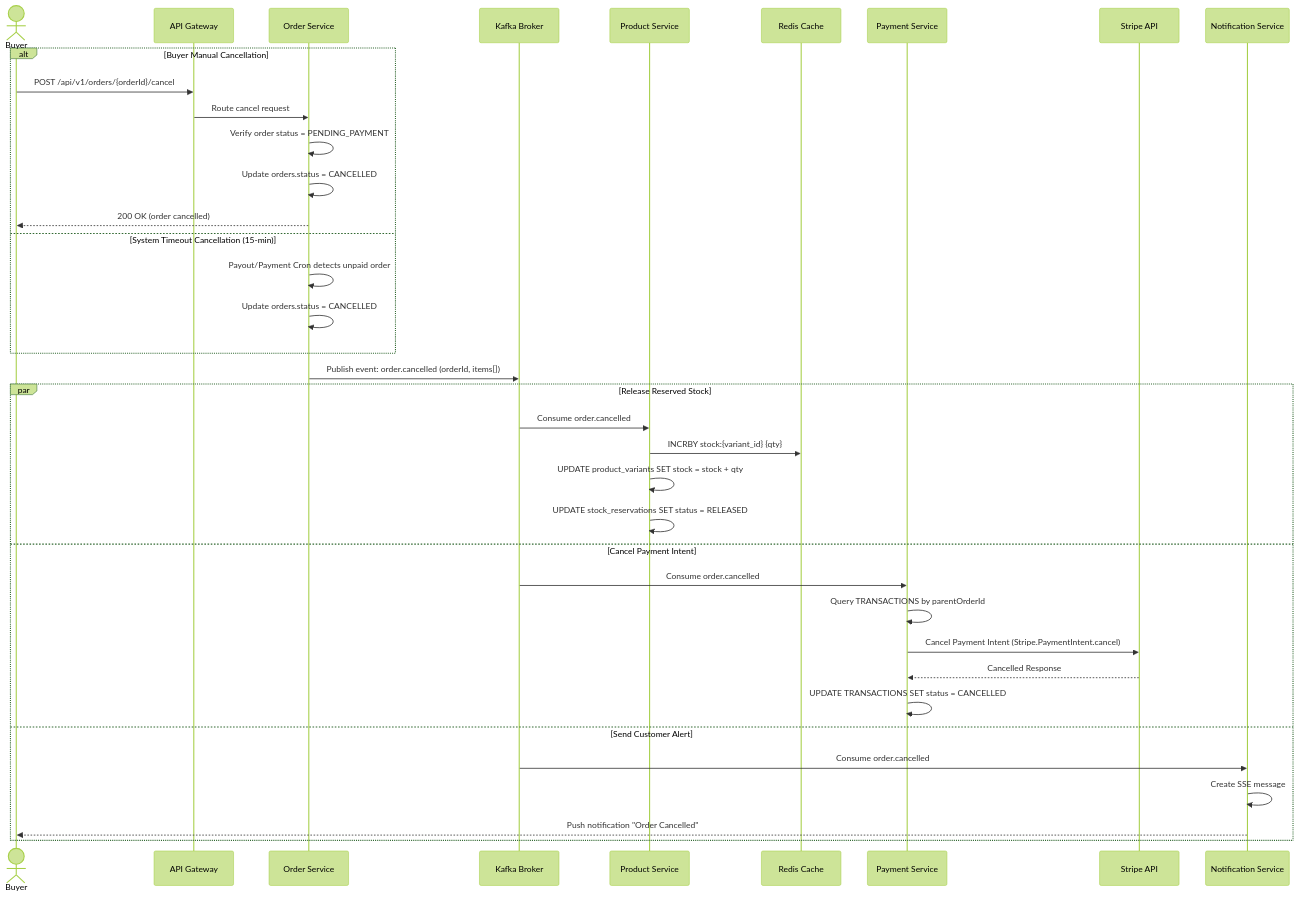
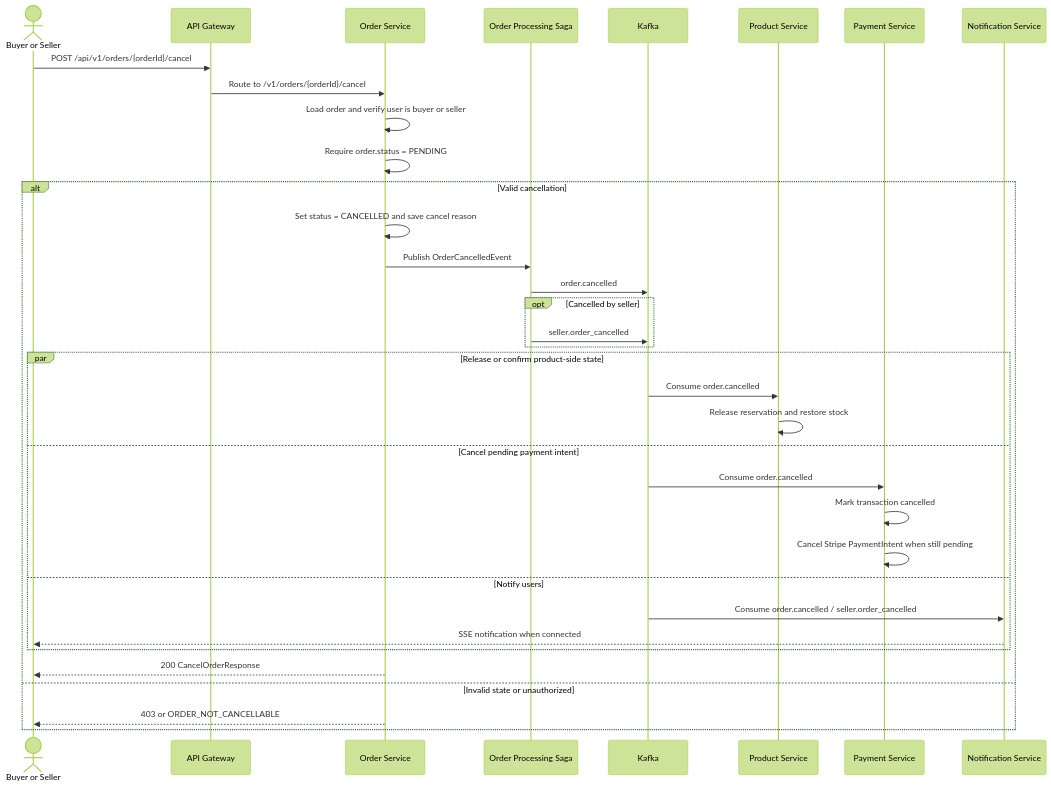
Before and after one commit to ldqanh1408/stealing-from-paradise: the diagram in documents/flows/cross-service/flow-order-cancellation.md, drawn with Mermaid (forest theme). The commit also changed other lines of this file and 326 other files, not shown here.

````diff
--- a/documents/flows/cross-service/flow-order-cancellation.md
+++ b/documents/flows/cross-service/flow-order-cancellation.md
@@ -9,42 +13,38 @@
 ```mermaid
 sequenceDiagram
-    actor Buyer
+    actor User as Buyer or Seller
     participant GW as API Gateway
     participant OS as Order Service
-    participant Kafka as Kafka Broker
-    participant PS as Product Service
-    participant Redis as Redis Cache
-    participant PayS as Payment Service
-    participant Stripe as Stripe API
-    participant NotifS as Notification Service
+    participant Saga as Order Processing Saga
+    participant Kafka as Kafka
+    participant Product as Product Service
+    participant Payment as Payment Service
+    participant Notif as Notification Service
 
-    alt Buyer Manual Cancellation
-        Buyer->>GW: POST /api/v1/orders/{orderId}/cancel
-        GW->>OS: Route cancel request
-        OS->>OS: Verify order status = PENDING_PAYMENT
-        OS->>OS: Update orders.status = CANCELLED
-        OS-->>Buyer: 200 OK (order cancelled)
-    else System Timeout Cancellation (15-min)
-        OS->>OS: Payout/Payment Cron detects unpaid order
-        OS->>OS: Update orders.status = CANCELLED
-    end
-
-    OS->>Kafka: Publish event: order.cancelled (orderId, items[])
-    
-    par Release Reserved Stock
-        Kafka->>PS: Consume order.cancelled
-        PS->>Redis: INCRBY stock:{variant_id} {qty}
-        PS->>PS: UPDATE product_variants SET stock = stock + qty
-        PS->>PS: UPDATE stock_reservations SET status = RELEASED
-    and Cancel Payment Intent
-        Kafka->>PayS: Consume order.cancelled
-        PayS->>PayS: Query TRANSACTIONS by parentOrderId
-        PayS->>Stripe: Cancel Payment Intent (Stripe.PaymentIntent.cancel)
-        Stripe-->>PayS: Cancelled Response
-        PayS->>PayS: UPDATE TRANSACTIONS SET status = CANCELLED
-    and Send Customer Alert
-        Kafka->>NotifS: Consume order.cancelled
-        NotifS->>NotifS: Create SSE message
-        NotifS-->>Buyer: Push notification "Order Cancelled"
+    User->>GW: POST /api/v1/orders/{orderId}/cancel
+    GW->>OS: Route to /v1/orders/{orderId}/cancel
+    OS->>OS: Load order and verify user is buyer or seller
+    OS->>OS: Require order.status = PENDING
+    alt Valid cancellation
+        OS->>OS: Set status = CANCELLED and save cancel reason
+        OS->>Saga: Publish OrderCancelledEvent
+        Saga->>Kafka: order.cancelled
+        opt Cancelled by seller
+            Saga->>Kafka: seller.order_cancelled
+        end
+        par Release or confirm product-side state
+            Kafka->>Product: Consume order.cancelled
+            Product->>Product: Release reservation and restore stock
+        and Cancel pending payment intent
+            Kafka->>Payment: Consume order.cancelled
+            Payment->>Payment: Mark transaction cancelled
+            Payment->>Payment: Cancel Stripe PaymentIntent when still pending
+        and Notify users
+            Kafka->>Notif: Consume order.cancelled / seller.order_cancelled
+            Notif-->>User: SSE notification when connected
+        end
+        OS-->>User: 200 CancelOrderResponse
+    else Invalid state or unauthorized
+        OS-->>User: 403 or ORDER_NOT_CANCELLABLE
     end
 ```
````
